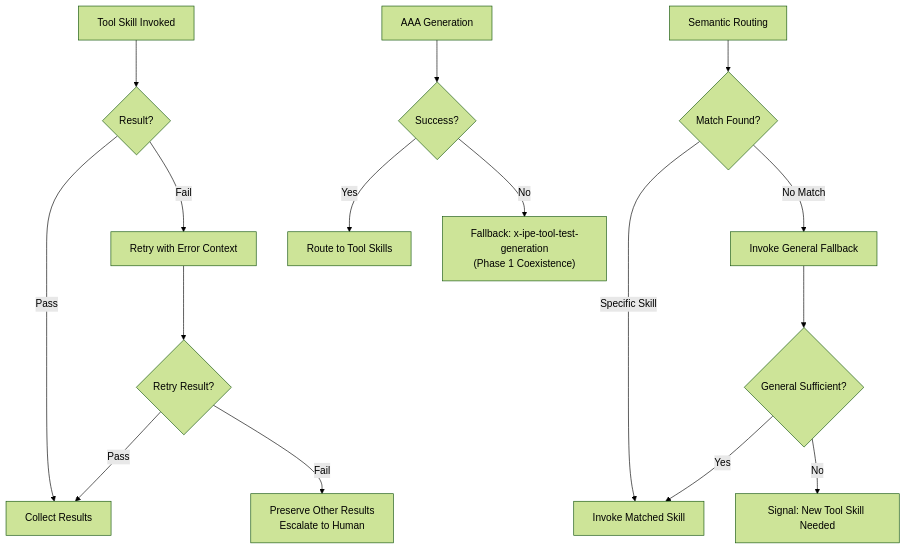
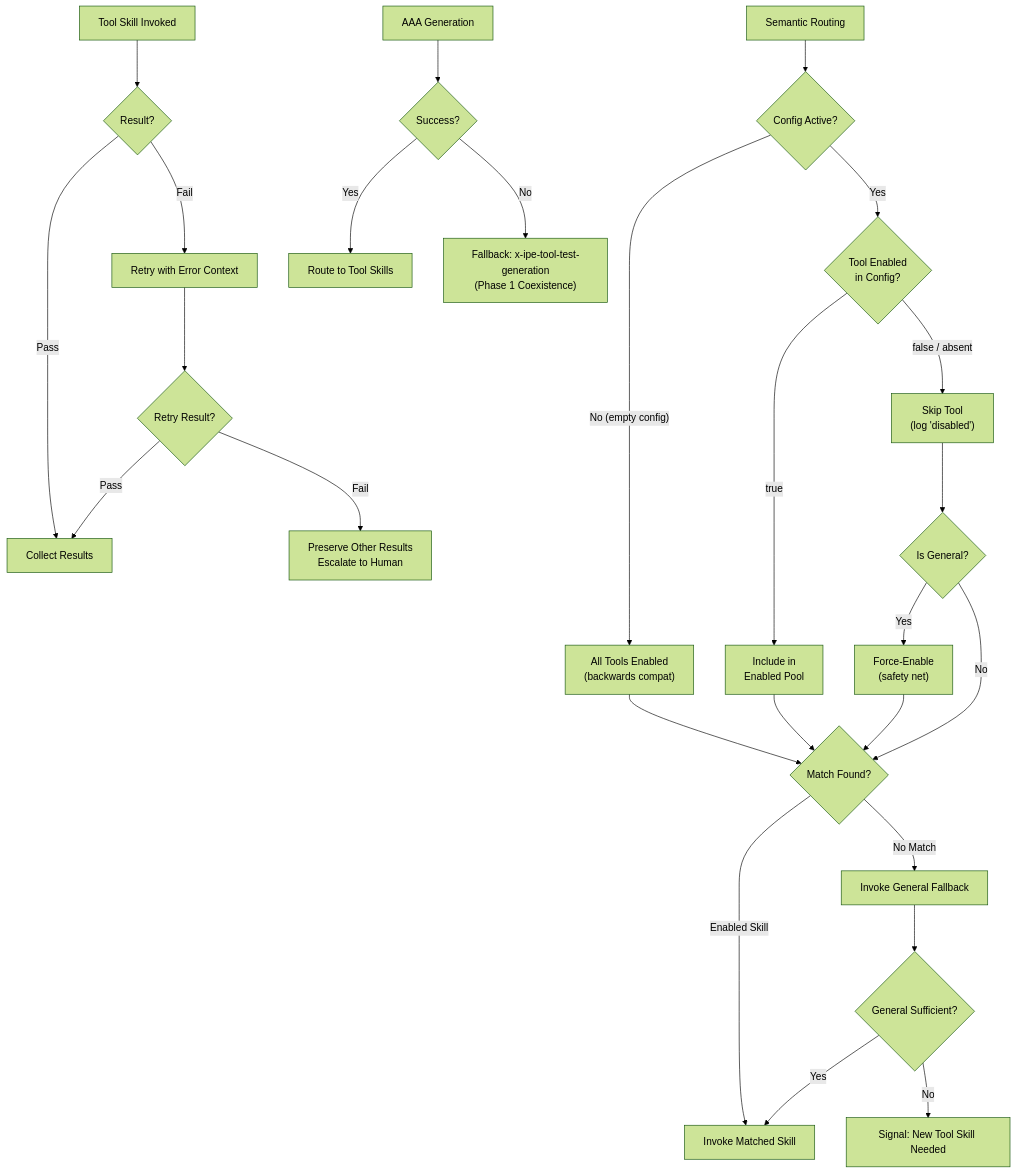
Before and after one commit to Young-Z/X-IPE: the fifth of 5 diagrams in x-ipe-docs/requirements/EPIC-045/FEATURE-045-A/technical-design.md, drawn with Mermaid (forest theme). The commit also changed other lines of this file and 154 other files, not shown here.

````diff
--- a/x-ipe-docs/requirements/EPIC-045/FEATURE-045-A/technical-design.md
+++ b/x-ipe-docs/requirements/EPIC-045/FEATURE-045-A/technical-design.md
@@ -441,20 +483,30 @@
 ```mermaid
 flowchart TD
     A["Tool Skill Invoked"] --> B{Result?}
     B -->|"Pass"| C["Collect Results"]
     B -->|"Fail"| D["Retry with Error Context"]
     D --> E{Retry Result?}
     E -->|"Pass"| C
     E -->|"Fail"| F["Preserve Other Results<br/>Escalate to Human"]
 
     G["AAA Generation"] --> H{Success?}
     H -->|"Yes"| I["Route to Tool Skills"]
     H -->|"No"| J["Fallback: x-ipe-tool-test-generation<br/>(Phase 1 Coexistence)"]
 
-    K["Semantic Routing"] --> L{Match Found?}
-    L -->|"Specific Skill"| M["Invoke Matched Skill"]
+    K["Semantic Routing"] --> K1{Config Active?}
+    K1 -->|"No (empty config)"| K2["All Tools Enabled<br/>(backwards compat)"]
+    K1 -->|"Yes"| K3{Tool Enabled<br/>in Config?}
+    K3 -->|"true"| K4["Include in<br/>Enabled Pool"]
+    K3 -->|"false / absent"| K5["Skip Tool<br/>(log 'disabled')"]
+    K2 --> L{Match Found?}
+    K4 --> L
+    K5 --> K6{Is General?}
+    K6 -->|"Yes"| K7["Force-Enable<br/>(safety net)"]
+    K6 -->|"No"| L
+    K7 --> L
+    L -->|"Enabled Skill"| M["Invoke Matched Skill"]
     L -->|"No Match"| N["Invoke General Fallback"]
     N --> O{General Sufficient?}
     O -->|"Yes"| M
     O -->|"No"| P["Signal: New Tool Skill Needed"]
 ```
````
